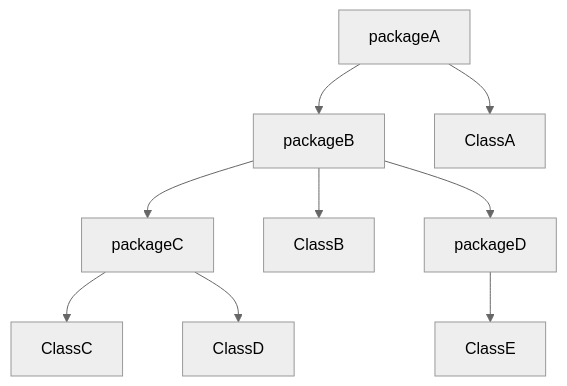
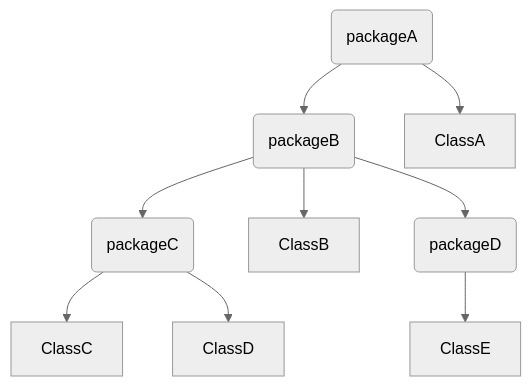
Before and after one commit to jappuccini/java-docs: the diagram in docs/documentation/class-structure.md, drawn with Mermaid (neutral theme).

````diff
--- a/docs/documentation/class-structure.md
+++ b/docs/documentation/class-structure.md
@@ -132,11 +132,11 @@
 ```mermaid
 flowchart
-    pA[packageA] --> pB[packageB]
+    pA(packageA) --> pB(packageB)
     pA --> cA[ClassA]
-    pB --> pC[packageC]
+    pB --> pC(packageC)
     pB --> cB[ClassB]
-    pB --> pD[packageD]
+    pB --> pD(packageD)
     pC --> cC[ClassC]
     pC --> cD[ClassD]
     pD --> cE[ClassE]
 ```
````
